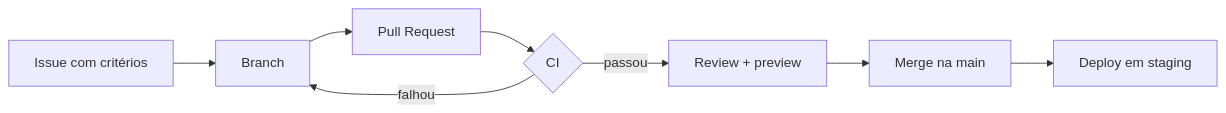
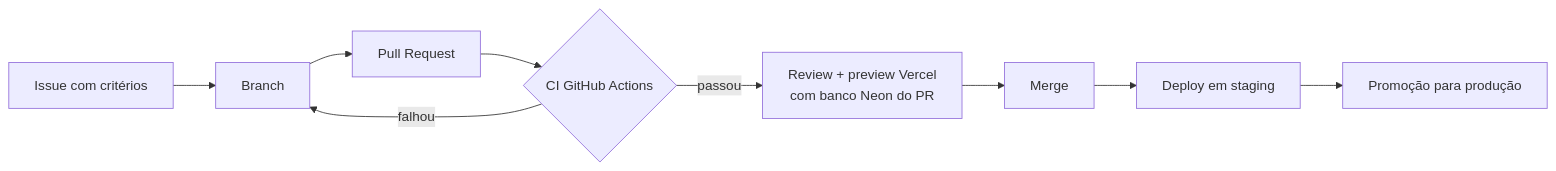
One commit to pauloj-dev/Nova-Arena changed the fifth of 5 diagrams in plano-de-implementacao.md. Above: the diagram before and after it, drawn with Mermaid. The commit also changed other lines of this file, not shown here.

````diff
--- a/plano-de-implementacao.md
+++ b/plano-de-implementacao.md
@@ -137,6 +256,6 @@
 ```mermaid
 flowchart LR
-    I[Issue com critérios] --> B[Branch] --> PR[Pull Request] --> CI{CI}
+    I[Issue com critérios] --> B[Branch] --> PR[Pull Request] --> CI{CI GitHub Actions}
     CI -- falhou --> B
-    CI -- passou --> RV[Review + preview] --> M[Merge na main] --> ST[Deploy em staging]
+    CI -- passou --> RV[Review + preview Vercel<br/>com banco Neon do PR] --> M[Merge] --> ST[Deploy em staging] --> PRD[Promoção para produção]
 ```
````
